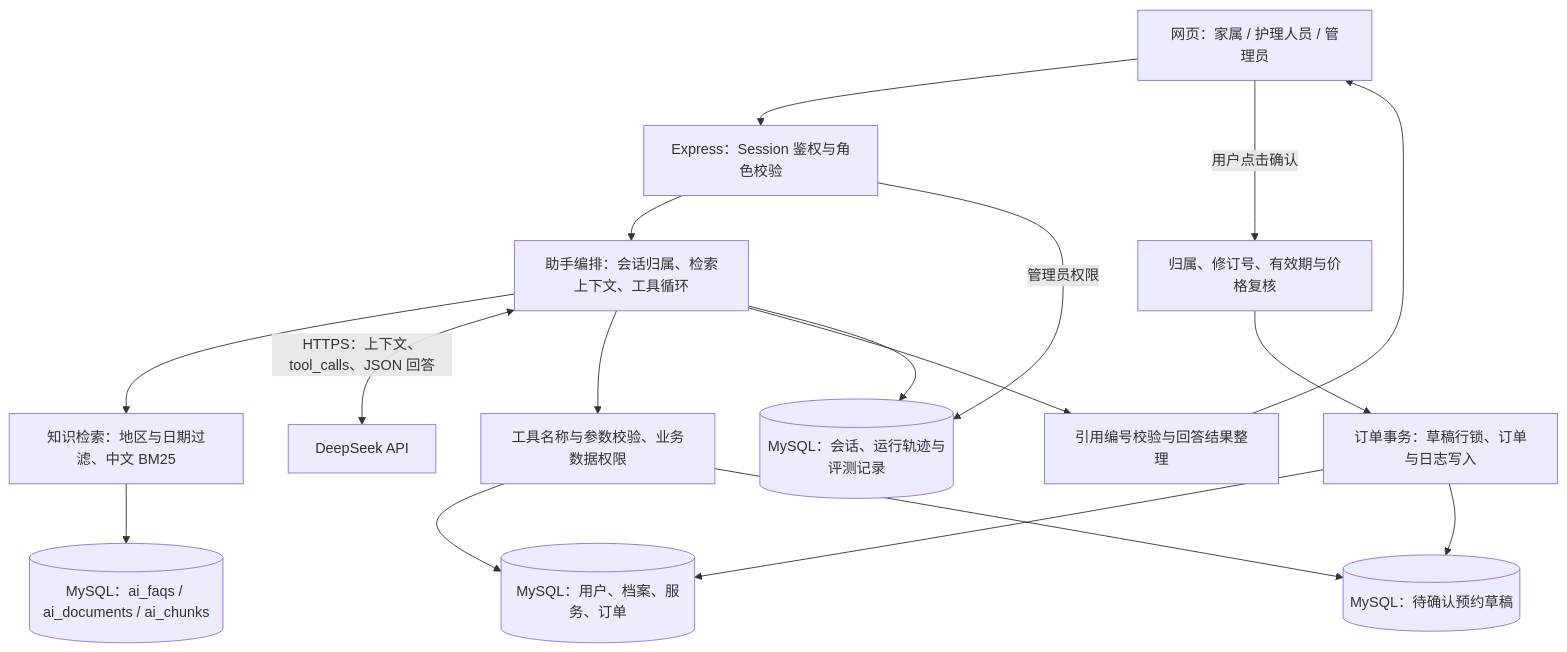
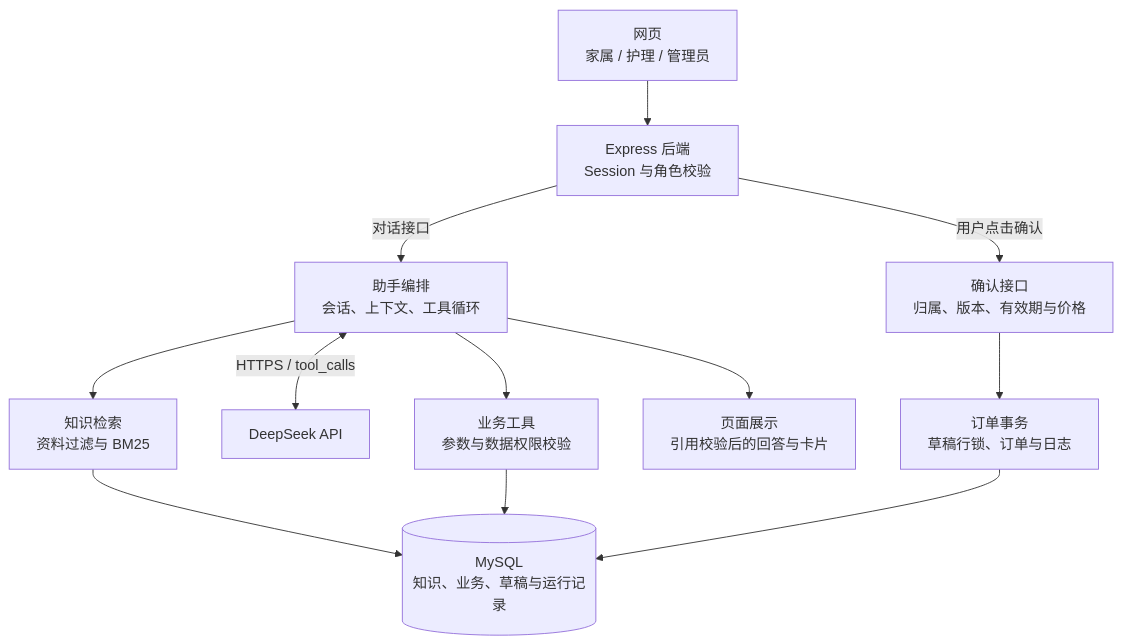
Before and after one commit to LSYM29/linan-elderly-care-ai: the diagram in docs/ARCHITECTURE.md, drawn with Mermaid.

Commit message:
docs: 优化架构图布局以提高可读性

````diff
--- a/docs/ARCHITECTURE.md
+++ b/docs/ARCHITECTURE.md
@@ -7,19 +7,14 @@
 ```mermaid
 flowchart TD
-    UI["网页：家属 / 护理人员 / 管理员"] --> AUTH["Express：Session 鉴权与角色校验"]
-    AUTH --> CHAT["助手编排：会话归属、检索上下文、工具循环"]
-    CHAT --> RAG["知识检索：地区与日期过滤、中文 BM25"]
-    RAG --> KB[("MySQL：ai_faqs / ai_documents / ai_chunks")]
-    CHAT <-->|"HTTPS：上下文、tool_calls、JSON 回答"| LLM["DeepSeek API"]
-    CHAT --> TOOLS["工具名称与参数校验、业务数据权限"]
-    TOOLS --> BIZ[("MySQL：用户、档案、服务、订单")]
-    TOOLS --> DRAFT[("MySQL：待确认预约草稿")]
-    CHAT --> CHECK["引用编号校验与回答结果整理"]
-    CHECK --> UI
-    UI -->|"用户点击确认"| CONFIRM["归属、修订号、有效期与价格复核"]
-    CONFIRM --> TX["订单事务：草稿行锁、订单与日志写入"]
-    TX --> BIZ
-    TX --> DRAFT
-    CHAT --> LOG[("MySQL：会话、运行轨迹与评测记录")]
-    AUTH -->|"管理员权限"| LOG
+    UI["网页<br/>家属 / 护理 / 管理员"] --> AUTH["Express 后端<br/>Session 与角色校验"]
+    AUTH -->|"对话接口"| CHAT["助手编排<br/>会话、上下文、工具循环"]
+    CHAT --> RAG["知识检索<br/>资料过滤与 BM25"]
+    CHAT <-->|"HTTPS / tool_calls"| LLM["DeepSeek API"]
+    CHAT --> TOOLS["业务工具<br/>参数与数据权限校验"]
+    CHAT --> RESULT["页面展示<br/>引用校验后的回答与卡片"]
+    RAG --> DB[("MySQL<br/>知识、业务、草稿与运行记录")]
+    TOOLS --> DB
+    AUTH -->|"用户点击确认"| CONFIRM["确认接口<br/>归属、版本、有效期与价格"]
+    CONFIRM --> TX["订单事务<br/>草稿行锁、订单与日志"]
+    TX --> DB
 ```
````
